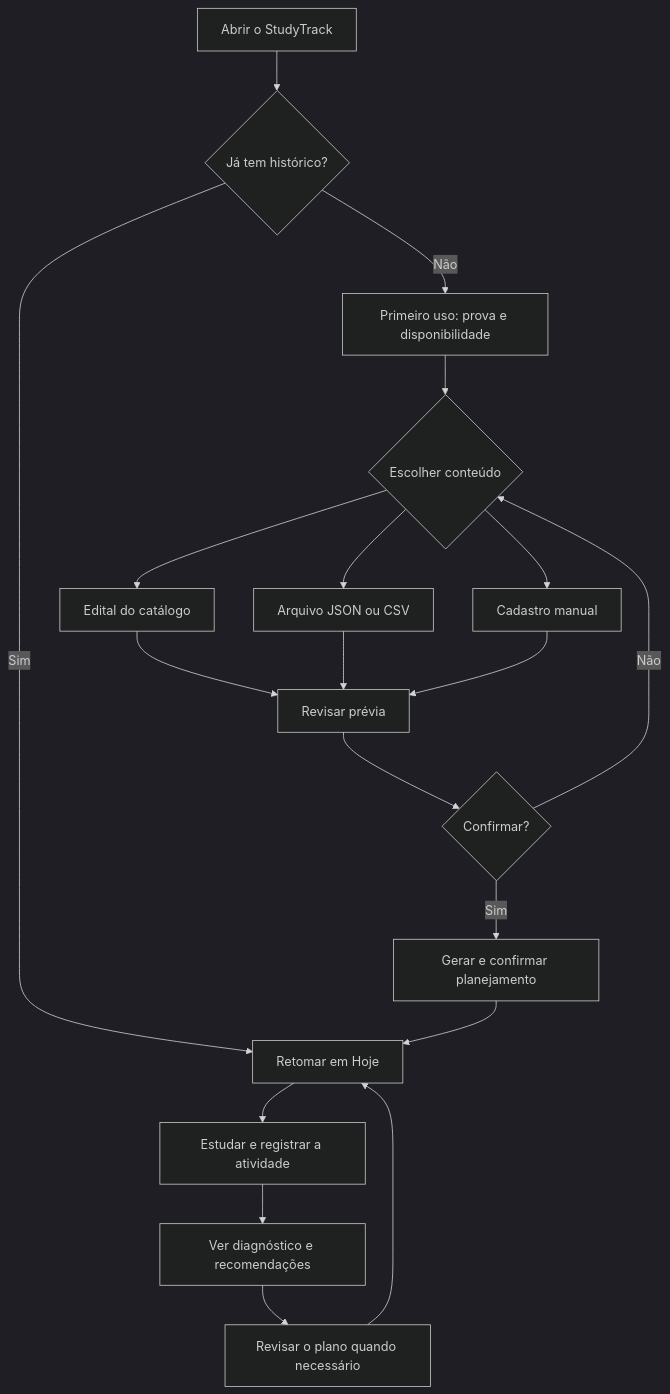
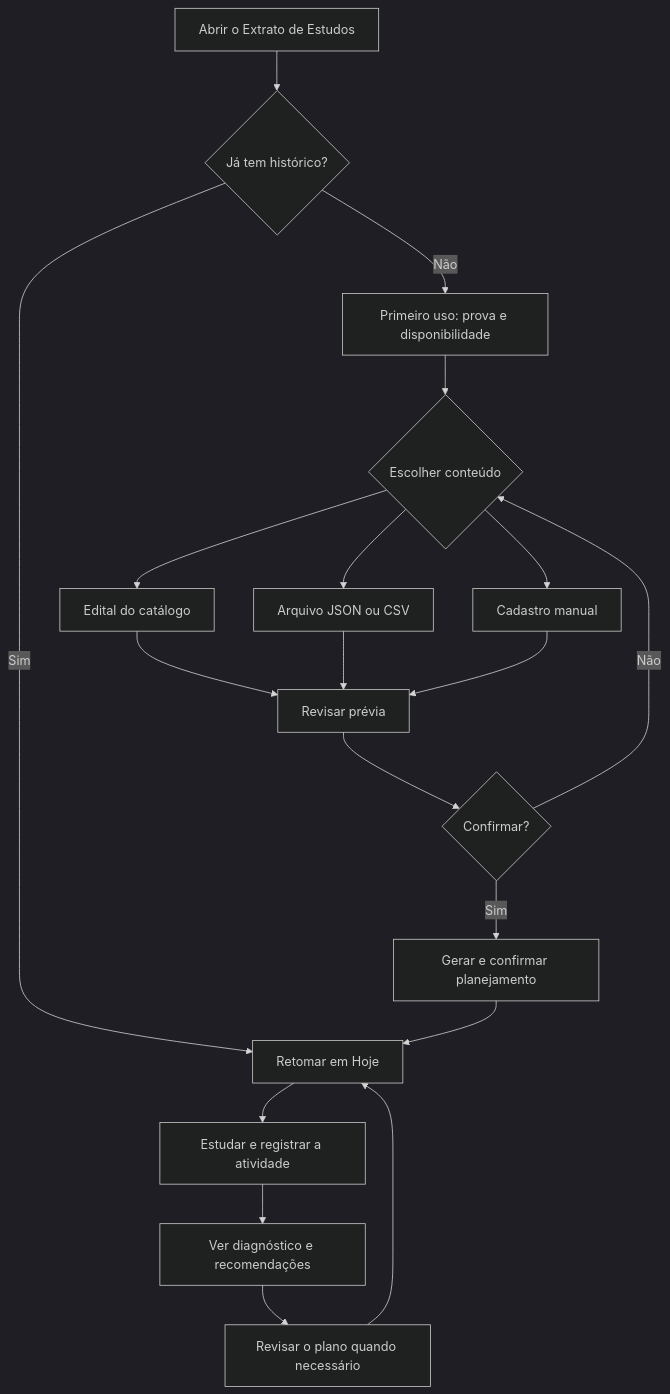
One commit to vitoriapac/Extrato changed the first of 4 diagrams in README.md. Above: the diagram before and after it, drawn with Mermaid (dark theme). The commit also changed other lines of this file and 2 other files, not shown here.

````diff
--- a/README.md
+++ b/README.md
@@ -54,21 +54,21 @@
 ```mermaid
 flowchart TD
-    A["Abrir o StudyTrack"] --> B{"Já tem histórico?"}
+    A["Abrir o Extrato de Estudos"] --> B{"Já tem histórico?"}
     B -- Sim --> H["Retomar em Hoje"]
     B -- Não --> C["Primeiro uso: prova e disponibilidade"]
     C --> D{"Escolher conteúdo"}
     D --> E["Edital do catálogo"]
     D --> F["Arquivo JSON ou CSV"]
     D --> G["Cadastro manual"]
     E --> P["Revisar prévia"]
     F --> P
     G --> P
     P --> Q{"Confirmar?"}
     Q -- Não --> D
     Q -- Sim --> R["Gerar e confirmar planejamento"]
     R --> H
     H --> S["Estudar e registrar a atividade"]
     S --> T["Ver diagnóstico e recomendações"]
     T --> U["Revisar o plano quando necessário"]
     U --> H
 ```
````
